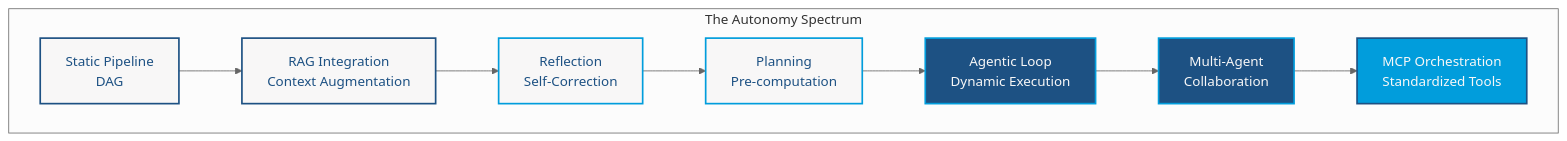
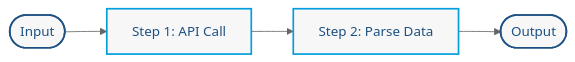
Before and after one commit to bpbpublications/Practical-Software-Architecture-Patterns-with-Java: the diagram in chapter-12/diagrams/diagram-03.md, drawn with Mermaid (neutral theme).

Commit message:
add diagram-02-temp.md with mermaid visualization comparing deterministic pipeline and agentic system

````diff
--- a/chapter-12/diagrams/diagram-03.md
+++ b/chapter-12/diagrams/diagram-03.md
@@ -2,20 +2,11 @@
 ```mermaid
 graph LR
-subgraph The Autonomy Spectrum
-direction LR
-P[Static Pipeline<br/>DAG] --> R[RAG Integration<br/>Context Augmentation]
-R --> Ref[Reflection<br/>Self-Correction]
-Ref --> Plan[Planning<br/>Pre-computation]
-Plan --> AL[Agentic Loop<br/>Dynamic Execution]
-AL --> MAC[Multi-Agent<br/>Collaboration]
-MAC --> MCP[MCP Orchestration<br/>Standardized Tools]
-end
+In([Input]) --> S1[Step 1: API Call]
+S1 --> S2[Step 2: Parse Data]
+S2 --> Out([Output])
 
-style P fill:#F8F7F7,stroke:#1D5183,stroke-width:2px,color:#1D5183
-style R fill:#F8F7F7,stroke:#1D5183,stroke-width:2px,color:#1D5183
-style Ref fill:#F8F7F7,stroke:#019DDC,stroke-width:2px,color:#1D5183
-style Plan fill:#F8F7F7,stroke:#019DDC,stroke-width:2px,color:#1D5183
-style AL fill:#1D5183,stroke:#019DDC,stroke-width:2px,color:#F8F7F7
-style MAC fill:#1D5183,stroke:#019DDC,stroke-width:2px,color:#F8F7F7
-style MCP fill:#019DDC,stroke:#1D5183,stroke-width:2px,color:#F8F7F7
+style In fill:#F8F7F7,stroke:#1D5183,stroke-width:2px,color:#1D5183
+style S1 fill:#F8F7F7,stroke:#019DDC,stroke-width:2px,color:#1D5183
+style S2 fill:#F8F7F7,stroke:#019DDC,stroke-width:2px,color:#1D5183
+style Out fill:#F8F7F7,stroke:#1D5183,stroke-width:2px,color:#1D5183
 ```
````
